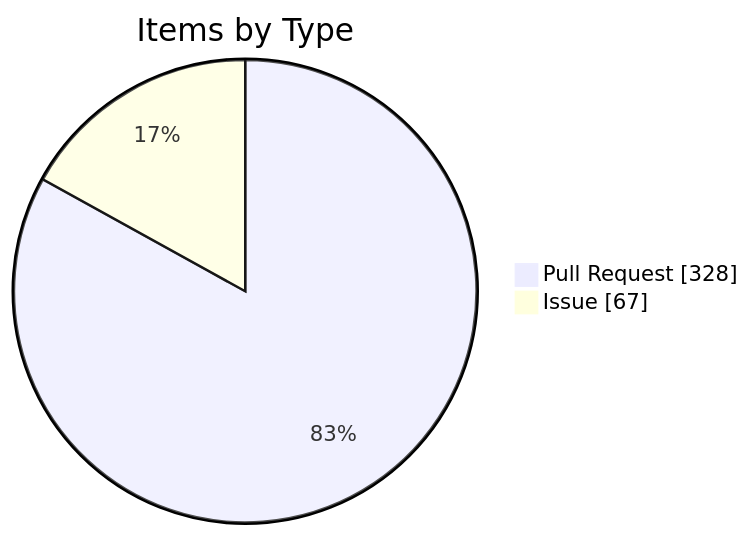
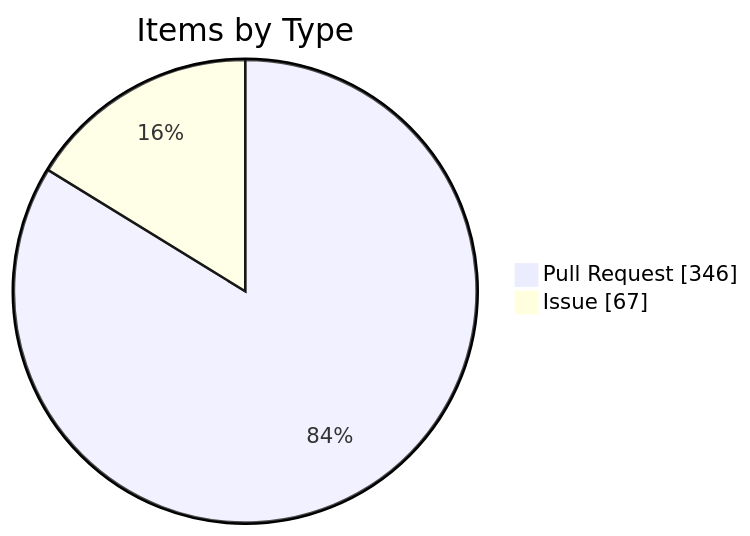
Before and after one commit to KBVE/kbve: the fourth of 4 diagrams in apps/kbve/astro-kbve/src/content/docs/dashboard/kanban.mdx, drawn with Mermaid. The commit also changed other lines of this file and 7 other files, not shown here.

````diff
--- a/apps/kbve/astro-kbve/src/content/docs/dashboard/kanban.mdx
+++ b/apps/kbve/astro-kbve/src/content/docs/dashboard/kanban.mdx
@@ -116,6 +116,6 @@
 ```mermaid
 pie showData
     title Items by Type
-    "Pull Request" : 328
+    "Pull Request" : 346
     "Issue" : 67
 ```
````
